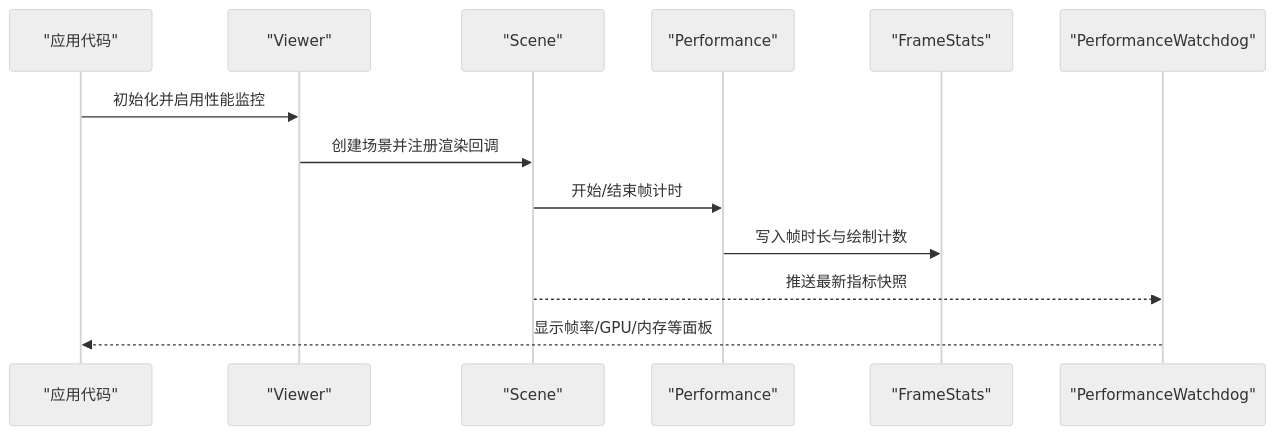
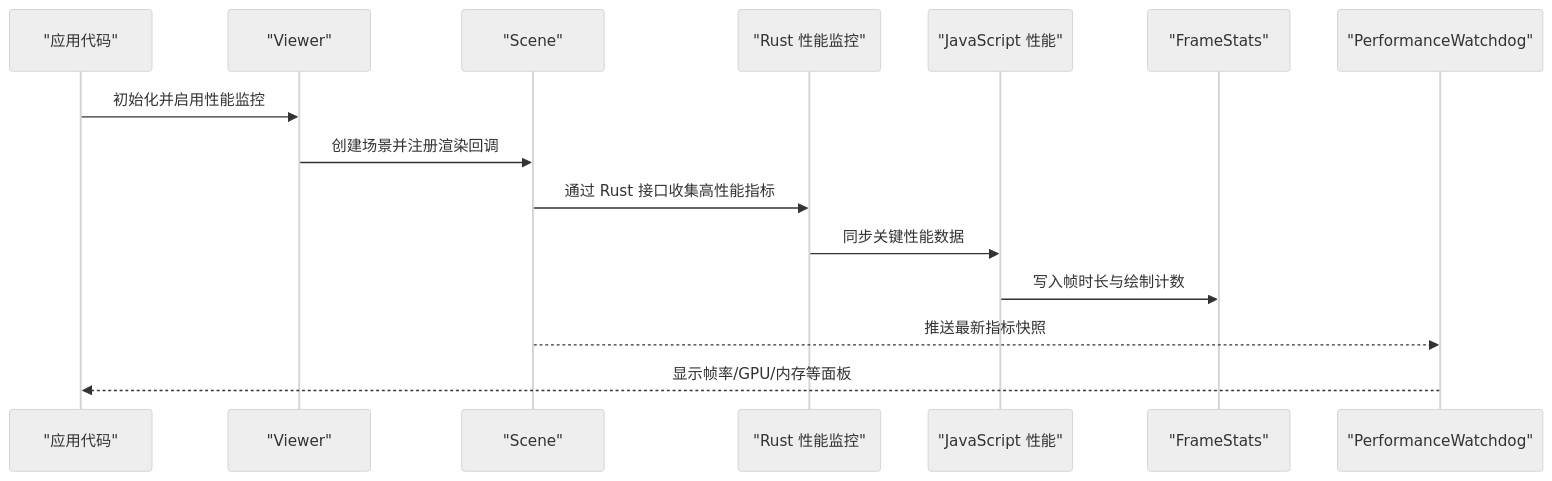
One commit to rzhangjing/cesium changed the second of 6 diagrams in .qoder/repowiki/zh/content/性能优化/性能监控与分析.md. Above: the diagram before and after it, drawn with Mermaid (neutral theme). The commit also changed other lines of this file and 60 other files, not shown here.

````diff
--- a/.qoder/repowiki/zh/content/性能优化/性能监控与分析.md
+++ b/.qoder/repowiki/zh/content/性能优化/性能监控与分析.md
@@ -118,15 +145,17 @@
 ```mermaid
 sequenceDiagram
 participant App as "应用代码"
 participant Viewer as "Viewer"
 participant Scene as "Scene"
-participant Perf as "Performance"
+participant PerfRS as "Rust 性能监控"
+participant PerfJS as "JavaScript 性能"
 participant Stats as "FrameStats"
 participant Widget as "PerformanceWatchdog"
 App->>Viewer : 初始化并启用性能监控
 Viewer->>Scene : 创建场景并注册渲染回调
-Scene->>Perf : 开始/结束帧计时
-Perf->>Stats : 写入帧时长与绘制计数
+Scene->>PerfRS : 通过 Rust 接口收集高性能指标
+PerfRS->>PerfJS : 同步关键性能数据
+PerfJS->>Stats : 写入帧时长与绘制计数
 Scene-->>Widget : 推送最新指标快照
 Widget-->>App : 显示帧率/GPU/内存等面板
 ```
````
